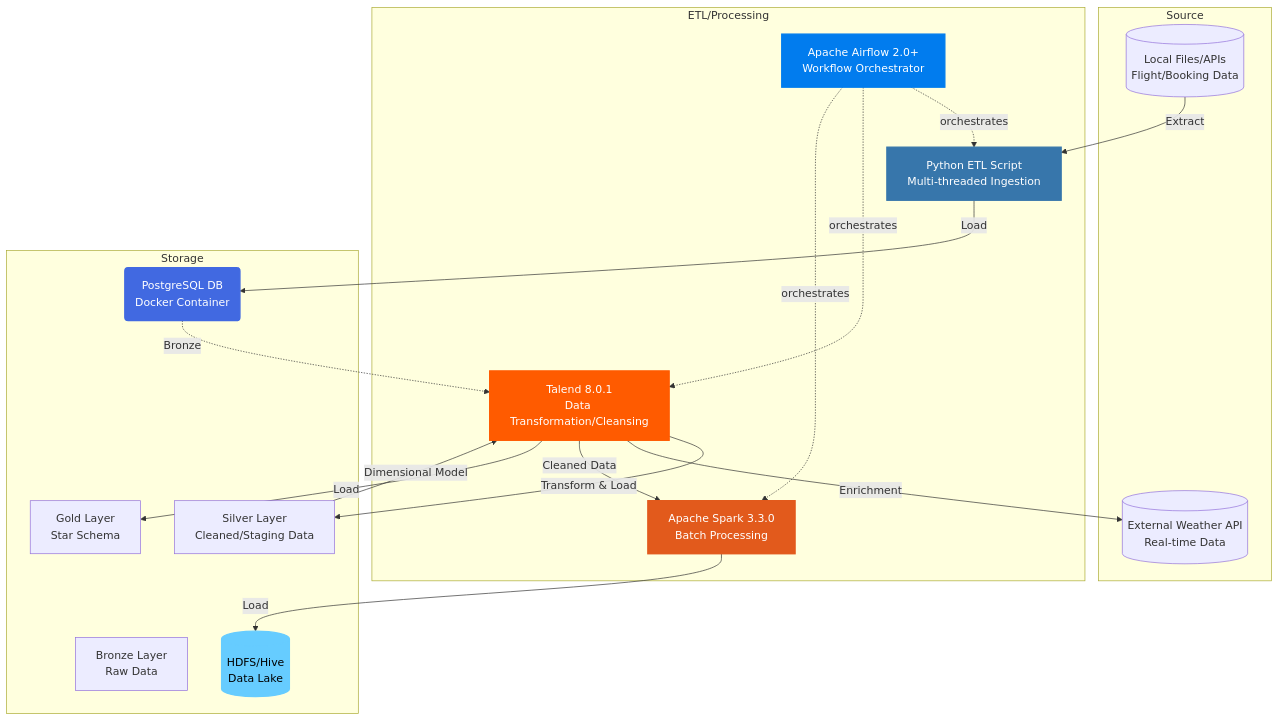
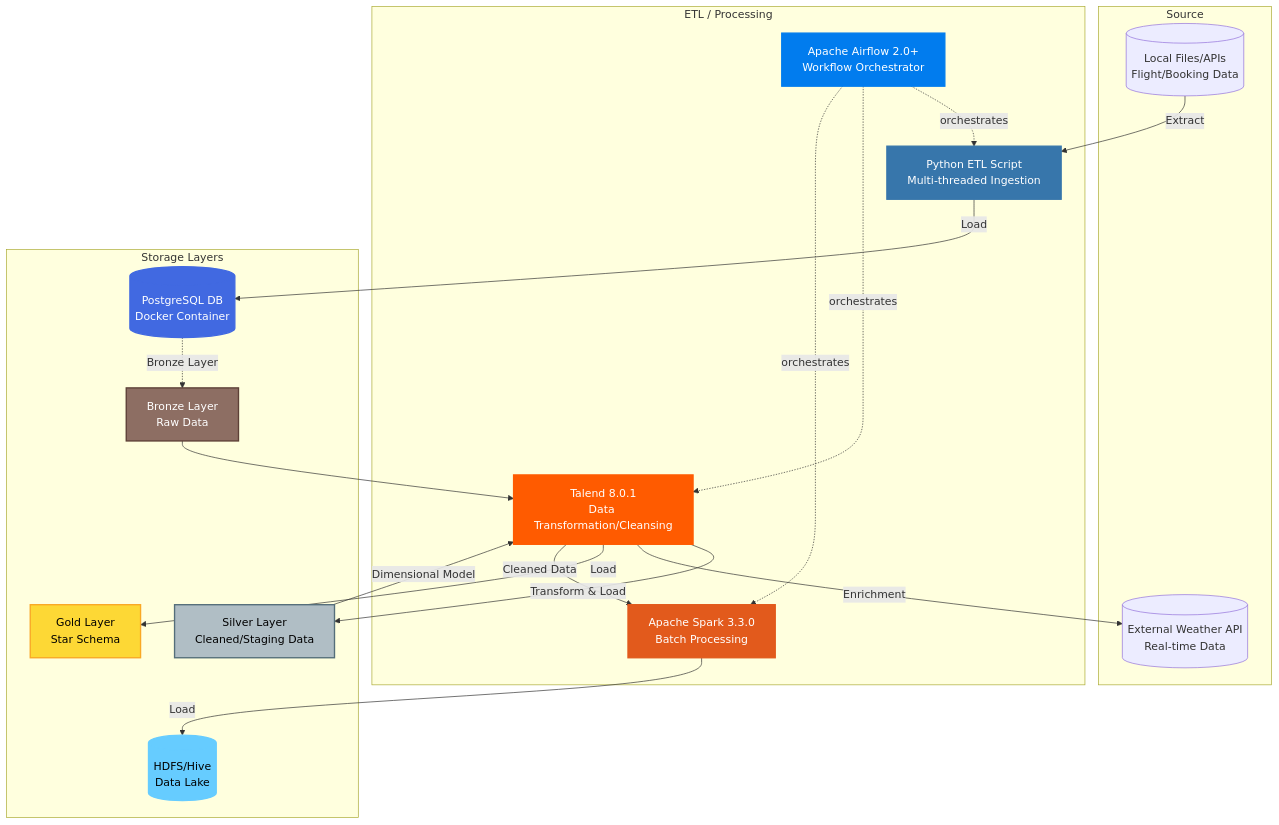
Before and after one commit to ilybf/flight-data-pipeline: the first of 2 diagrams in README.md, drawn with Mermaid. The commit also changed other lines of this file, not shown here.

````diff
--- a/README.md
+++ b/README.md
@@ -27,46 +27,90 @@
 ```mermaid
 graph TB
-    subgraph "Source"
-        Raw[(Local Files/APIs<br/>Flight/Booking Data)]
-        WeatherAPI[(External Weather API<br/>Real-time Data)]
-    end
 
-    subgraph "ETL/Processing"
-        Python[Python ETL Script<br/>Multi-threaded Ingestion]
-        Talend[Talend 8.0.1<br/>Data Transformation/Cleansing]
-        Spark[Apache Spark 3.3.0<br/>Batch Processing]
-        Airflow[Apache Airflow 2.0+<br/>Workflow Orchestrator]
-    end
+%% ============================
+%%         SOURCE LAYER
+%% ============================
+subgraph Source["Source"]
+    Raw[(Local Files/APIs<br/>Flight/Booking Data)]
+    WeatherAPI[(External Weather API<br/>Real-time Data)]
+end
 
-    subgraph "Storage"
-        DBeaver(PostgreSQL DB<br/>Docker Container)
-        Bronze[Bronze Layer<br/>Raw Data]
-        Silver[Silver Layer<br/>Cleaned/Staging Data]
-        Gold[Gold Layer<br/>Star Schema]
-        Hadoop[(HDFS/Hive<br/>Data Lake)]
-    end
 
-    Raw -->|Extract| Python
-    Python -->|Load| DBeaver
-    DBeaver -. Bronze .-> Talend
-    Talend -->|Transform & Load| Silver
-    Silver -->|Dimensional Model| Talend
-    Talend -->|Enrichment| WeatherAPI
+%% ============================
+%%      ETL / PROCESSING
+%% ============================
+subgraph Processing["ETL / Processing"]
+    Python[Python ETL Script<br/>Multi-threaded Ingestion]
+    Talend[Talend 8.0.1<br/>Data Transformation/Cleansing]
+    Spark[Apache Spark 3.3.0<br/>Batch Processing]
+    Airflow[Apache Airflow 2.0+<br/>Workflow Orchestrator]
+end
 
-    %% New Flow: Talend feeds Spark
-    Talend -->|Cleaned Data| Spark
-    Spark -->|Load| Hadoop
 
-    Talend -->|Load| Gold
+%% ============================
+%%         STORAGE LAYER
+%% ============================
+subgraph Storage["Storage Layers"]
+    DBeaver[(PostgreSQL DB<br/>Docker Container)]
+    Bronze[Bronze Layer<br/>Raw Data]
+    Silver[Silver Layer<br/>Cleaned/Staging Data]
+    Gold[Gold Layer<br/>Star Schema]
+    Hadoop[(HDFS/Hive<br/>Data Lake)]
+end
 
-    Airflow -. orchestrates .-> Python
-    Airflow -. orchestrates .-> Talend
-    Airflow -. orchestrates .-> Spark
 
-    style DBeaver fill:#4169E1,stroke:#4169E1,color:#fff,stroke-width:2px
-    style Python fill:#3776AB,stroke:#3776AB,color:#fff,stroke-width:2px
-    style Talend fill:#FF5B00,stroke:#FF5B00,color:#fff,stroke-width:2px
-    style Spark fill:#E25A1C,stroke:#E25A1C,color:#fff,stroke-width:2px
-    style Airflow fill:#017CEE,stroke:#017CEE,color:#fff,stroke-width:2px
-    style Hadoop fill:#66CCFF,stroke:#66CCFF,color:#000,stroke-width:2px
+%% ============================
+%%          DATA FLOW
+%% ============================
+
+%% Extraction
+Raw -->|Extract| Python
+
+%% Load to PostgreSQL
+Python -->|Load| DBeaver
+
+%% Bronze to Talend Flow
+DBeaver -. Bronze Layer .-> Bronze
+Bronze --> Talend
+
+%% Talend to Silver
+Talend -->|Transform & Load| Silver
+
+%% Silver Model Processing
+Silver -->|Dimensional Model| Talend
+
+%% Talend Weather Enrichment
+Talend -->|Enrichment| WeatherAPI
+
+%% Talend to Gold
+Talend -->|Load| Gold
+
+%% Talend to Spark
+Talend -->|Cleaned Data| Spark
+
+%% Spark to Hadoop
+Spark -->|Load| Hadoop
+
+
+%% ============================
+%%      AIRFLOW ORCHESTRATION
+%% ============================
+Airflow -. orchestrates .-> Python
+Airflow -. orchestrates .-> Talend
+Airflow -. orchestrates .-> Spark
+
+
+%% ============================
+%%          STYLING
+%% ============================
+style DBeaver fill:#4169E1,stroke:#4169E1,color:#fff,stroke-width:2px
+style Python fill:#3776AB,stroke:#3776AB,color:#fff,stroke-width:2px
+style Talend fill:#FF5B00,stroke:#FF5B00,color:#fff,stroke-width:2px
+style Spark fill:#E25A1C,stroke:#E25A1C,color:#fff,stroke-width:2px
+style Airflow fill:#017CEE,stroke:#017CEE,color:#fff,stroke-width:2px
+style Hadoop fill:#66CCFF,stroke:#66CCFF,color:#000,stroke-width:2px
+style Bronze fill:#8D6E63,stroke:#5D4037,color:#fff,stroke-width:2px
+style Silver fill:#B0BEC5,stroke:#546E7A,color:#000,stroke-width:2px
+style Gold fill:#FDD835,stroke:#F9A825,color:#000,stroke-width:2px
+
 ```
````
